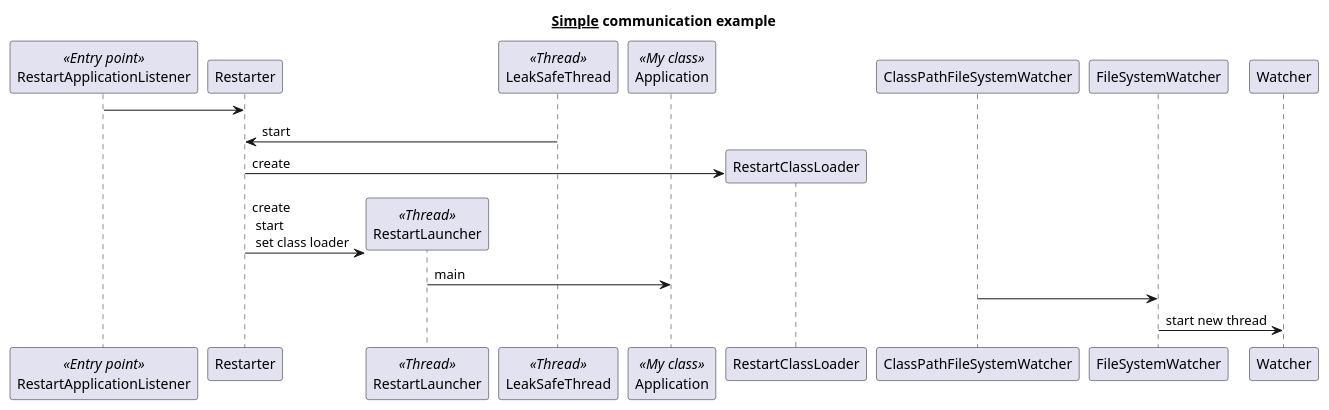
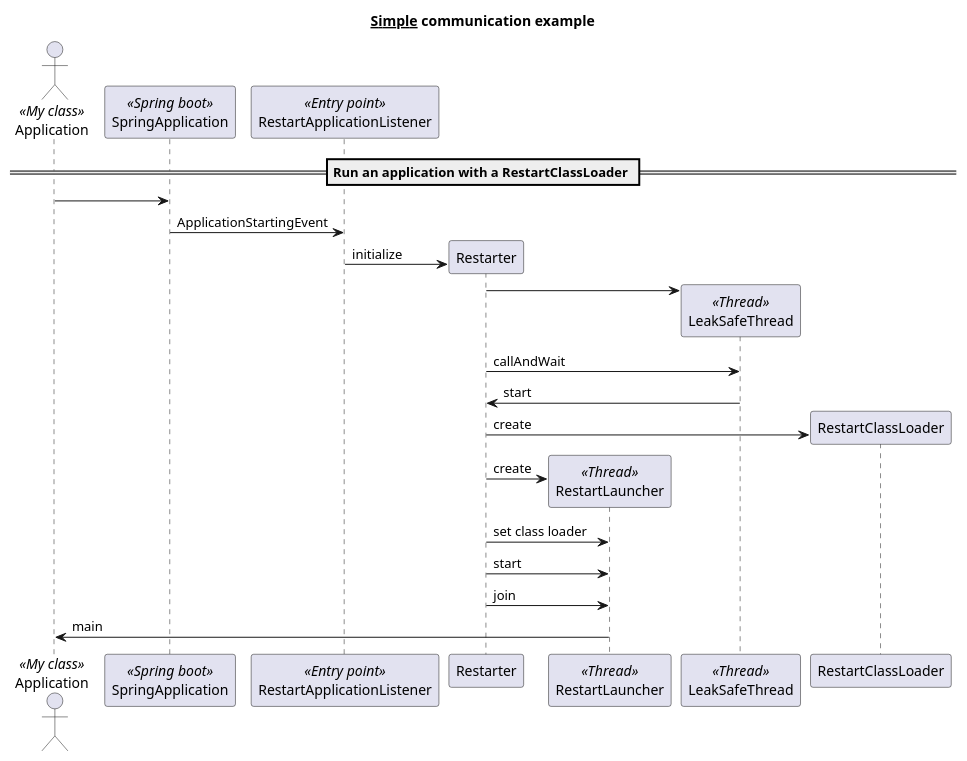
Before and after one commit to sergeyzolotukhin/learn-java-gradle: the first of 2 diagrams in learn-java/framework/spring-boot/spring-dev-tools/spring-dev-tool.puml, drawn with PlantUML. The commit also changed other lines of this file, not shown here.

Commit message:
undertow jboss

```diff
--- a/learn-java/framework/spring-boot/spring-dev-tools/spring-dev-tool.puml
+++ b/learn-java/framework/spring-boot/spring-dev-tools/spring-dev-tool.puml
@@ -1,23 +3,27 @@
 @startuml
 
 title __Simple__ **communication** example
 
-'https://plantuml.com/sequence-diagram
-
+actor Application <<My class>>
+participant SpringApplication << Spring boot>>
 participant RestartApplicationListener << Entry point >>
 participant Restarter
 participant RestartLauncher << Thread >>
 participant LeakSafeThread << Thread >>
-participant Application <<My class>>
 
-RestartApplicationListener -> Restarter
+== Run an application with a RestartClassLoader ==
+
+Application -> SpringApplication
+SpringApplication -> RestartApplicationListener : ApplicationStartingEvent
+RestartApplicationListener -> Restarter ** : initialize
+Restarter -> LeakSafeThread ** :
+Restarter -> LeakSafeThread : callAndWait
 LeakSafeThread -> Restarter : start
 Restarter -> RestartClassLoader ** : create
-Restarter -> RestartLauncher ** :create \n start \n set class loader
+Restarter -> RestartLauncher ** : create
+Restarter -> RestartLauncher :  set class loader
+Restarter -> RestartLauncher :  start
+Restarter -> RestartLauncher :  join
 RestartLauncher -> Application : main
 
-
-ClassPathFileSystemWatcher -> FileSystemWatcher
-FileSystemWatcher -> Watcher: start new thread
-
 @enduml
```
